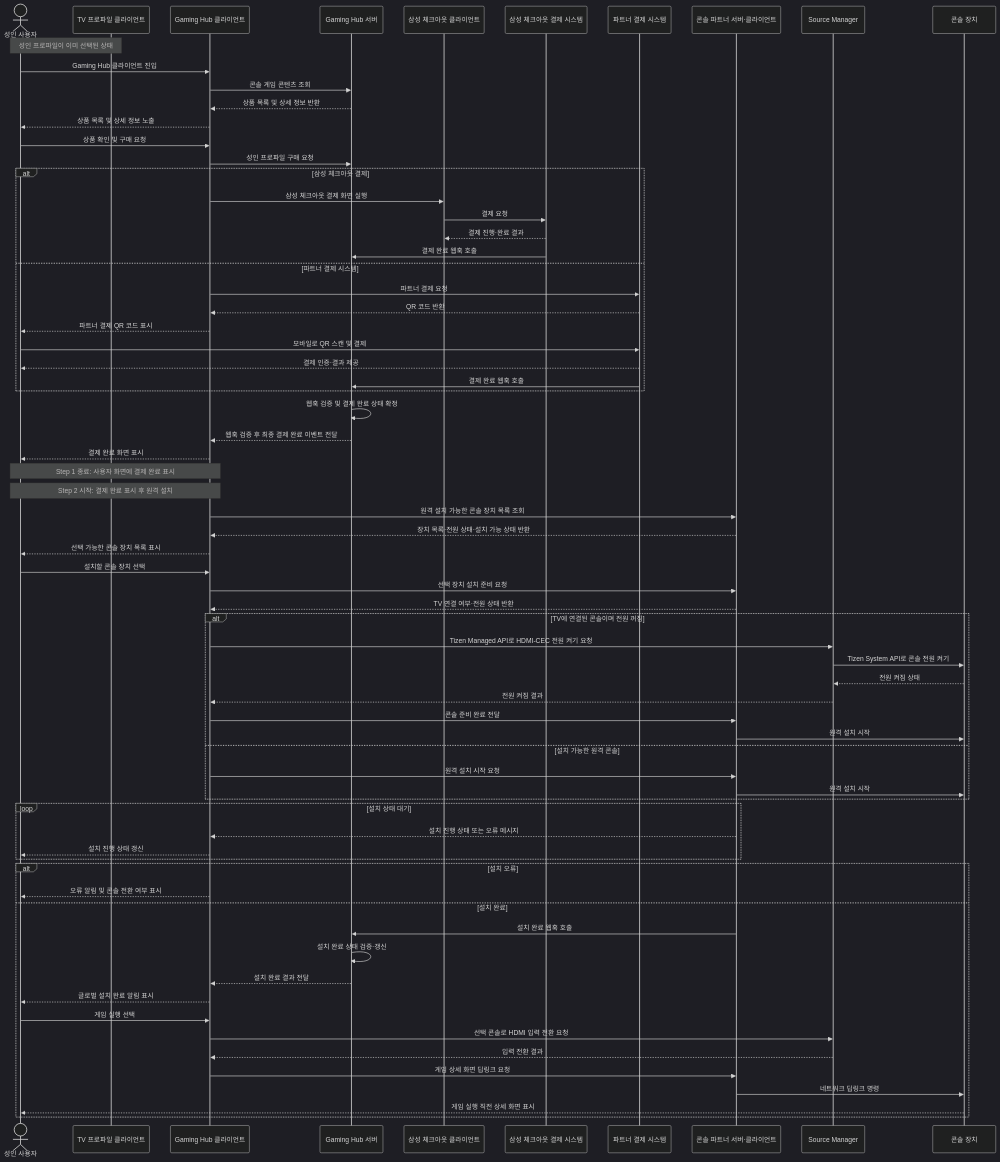
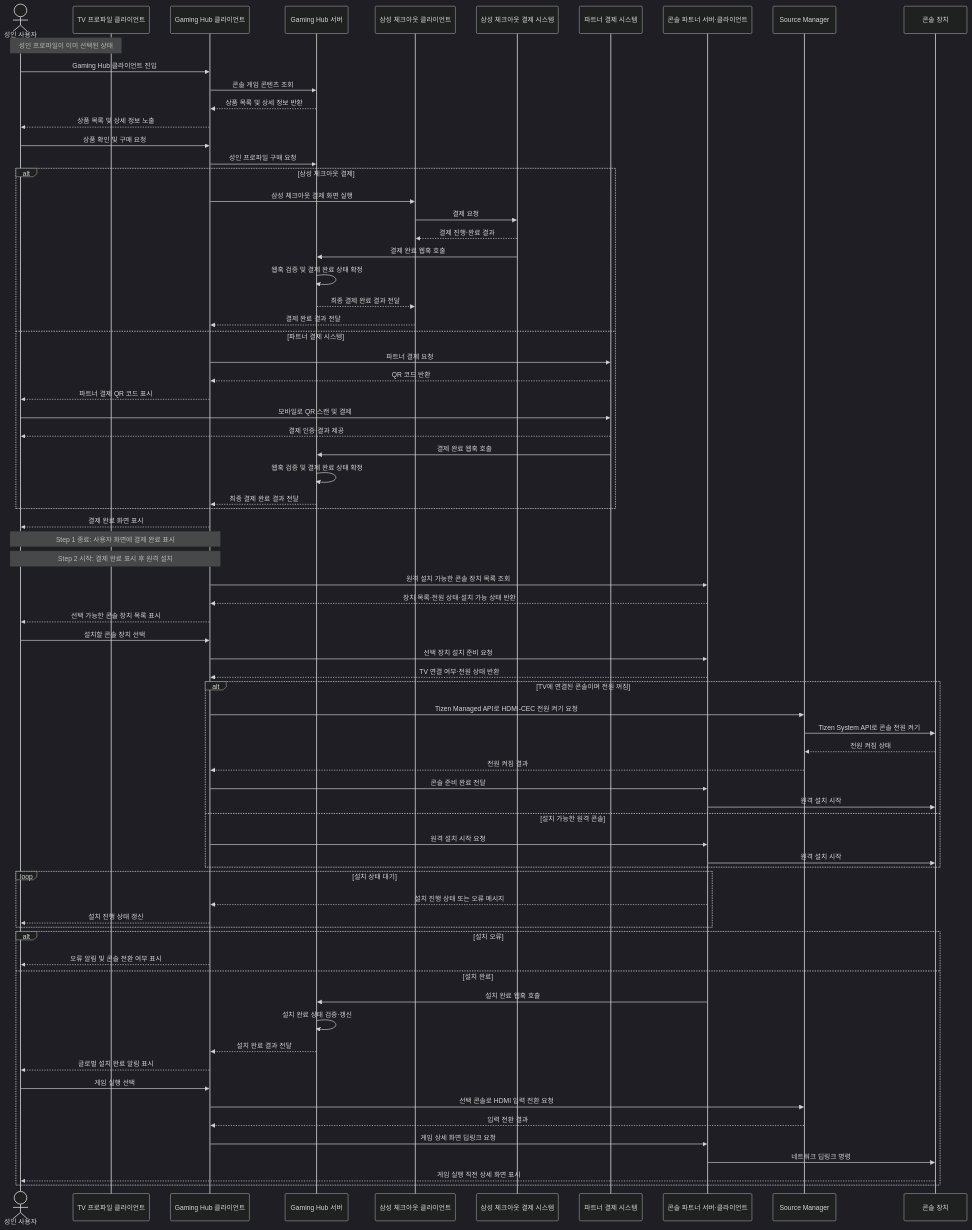
The second of 5 diagrams in docs/decision-point-2-architecture.md (seock04/gaming-hub-console-content), drawn with Mermaid (dark theme) before and after one commit.

Commit message:
Route checkout completion through checkout client

````diff
--- a/docs/decision-point-2-architecture.md
+++ b/docs/decision-point-2-architecture.md
@@ -105,74 +105,77 @@
 ```mermaid
 sequenceDiagram
     actor User as 성인 사용자
     participant Profile as TV 프로파일 클라이언트
     participant HubClient as Gaming Hub 클라이언트
     participant Hub as Gaming Hub 서버
     participant CheckoutClient as 삼성 체크아웃 클라이언트
     participant CheckoutServer as 삼성 체크아웃 결제 시스템
     participant PartnerPay as 파트너 결제 시스템
     participant Partner as 콘솔 파트너 서버·클라이언트
     participant SourceManager as Source Manager
     participant Console as 콘솔 장치
 
     Note over User,Profile: 성인 프로파일이 이미 선택된 상태
     User->>HubClient: Gaming Hub 클라이언트 진입
     HubClient->>Hub: 콘솔 게임 콘텐츠 조회
     Hub-->>HubClient: 상품 목록 및 상세 정보 반환
     HubClient-->>User: 상품 목록 및 상세 정보 노출
     User->>HubClient: 상품 확인 및 구매 요청
     HubClient->>Hub: 성인 프로파일 구매 요청
     alt 삼성 체크아웃 결제
         HubClient->>CheckoutClient: 삼성 체크아웃 결제 화면 실행
         CheckoutClient->>CheckoutServer: 결제 요청
         CheckoutServer-->>CheckoutClient: 결제 진행·완료 결과
         CheckoutServer->>Hub: 결제 완료 웹훅 호출
+        Hub->>Hub: 웹훅 검증 및 결제 완료 상태 확정
+        Hub-->>CheckoutClient: 최종 결제 완료 결과 전달
+        CheckoutClient-->>HubClient: 결제 완료 결과 전달
     else 파트너 결제 시스템
         HubClient->>PartnerPay: 파트너 결제 요청
         PartnerPay-->>HubClient: QR 코드 반환
         HubClient-->>User: 파트너 결제 QR 코드 표시
         User->>PartnerPay: 모바일로 QR 스캔 및 결제
         PartnerPay-->>User: 결제 인증·결과 제공
         PartnerPay->>Hub: 결제 완료 웹훅 호출
+        Hub->>Hub: 웹훅 검증 및 결제 완료 상태 확정
+        Hub-->>HubClient: 최종 결제 완료 결과 전달
     end
-    Hub->>Hub: 웹훅 검증 및 결제 완료 상태 확정
-    Hub-->>HubClient: 웹훅 검증 후 최종 결제 완료 이벤트 전달
     HubClient-->>User: 결제 완료 화면 표시
     Note over HubClient,User: Step 1 종료: 사용자 화면에 결제 완료 표시
     Note over HubClient,User: Step 2 시작: 결제 완료 표시 후 원격 설치
     HubClient->>Partner: 원격 설치 가능한 콘솔 장치 목록 조회
     Partner-->>HubClient: 장치 목록·전원 상태·설치 가능 상태 반환
     HubClient-->>User: 선택 가능한 콘솔 장치 목록 표시
     User->>HubClient: 설치할 콘솔 장치 선택
     HubClient->>Partner: 선택 장치 설치 준비 요청
     Partner-->>HubClient: TV 연결 여부·전원 상태 반환
     alt TV에 연결된 콘솔이며 전원 꺼짐
         HubClient->>SourceManager: Tizen Managed API로 HDMI-CEC 전원 켜기 요청
         SourceManager->>Console: Tizen System API로 콘솔 전원 켜기
         Console-->>SourceManager: 전원 켜짐 상태
         SourceManager-->>HubClient: 전원 켜짐 결과
         HubClient->>Partner: 콘솔 준비 완료 전달
         Partner->>Console: 원격 설치 시작
     else 설치 가능한 원격 콘솔
         HubClient->>Partner: 원격 설치 시작 요청
         Partner->>Console: 원격 설치 시작
     end
     loop 설치 상태 대기
         Partner-->>HubClient: 설치 진행 상태 또는 오류 메시지
         HubClient-->>User: 설치 진행 상태 갱신
     end
     alt 설치 오류
         HubClient-->>User: 오류 알림 및 콘솔 전환 여부 표시
     else 설치 완료
         Partner->>Hub: 설치 완료 웹훅 호출
         Hub->>Hub: 설치 완료 상태 검증·갱신
         Hub-->>HubClient: 설치 완료 결과 전달
         HubClient-->>User: 글로벌 설치 완료 알림 표시
         User->>HubClient: 게임 실행 선택
         HubClient->>SourceManager: 선택 콘솔로 HDMI 입력 전환 요청
         SourceManager-->>HubClient: 입력 전환 결과
         HubClient->>Partner: 게임 상세 화면 딥링크 요청
         Partner->>Console: 네트워크 딥링크 명령
         Console-->>User: 게임 실행 직전 상세 화면 표시
     end
 ```
````
